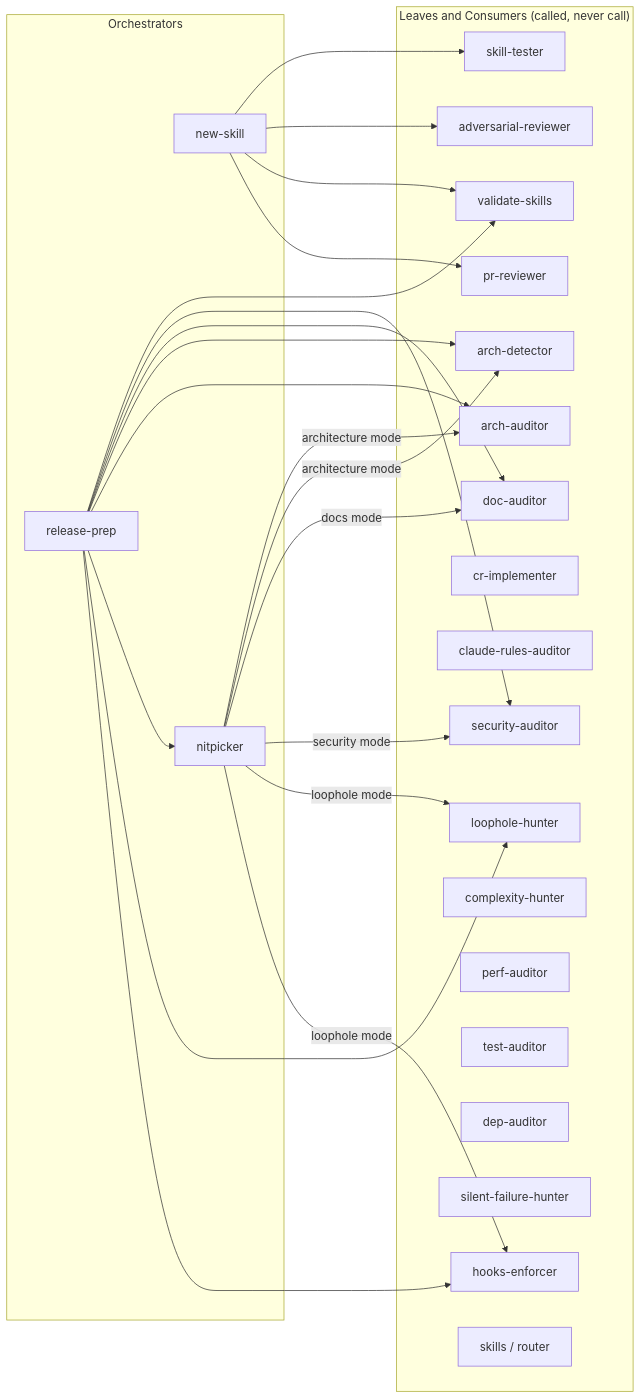
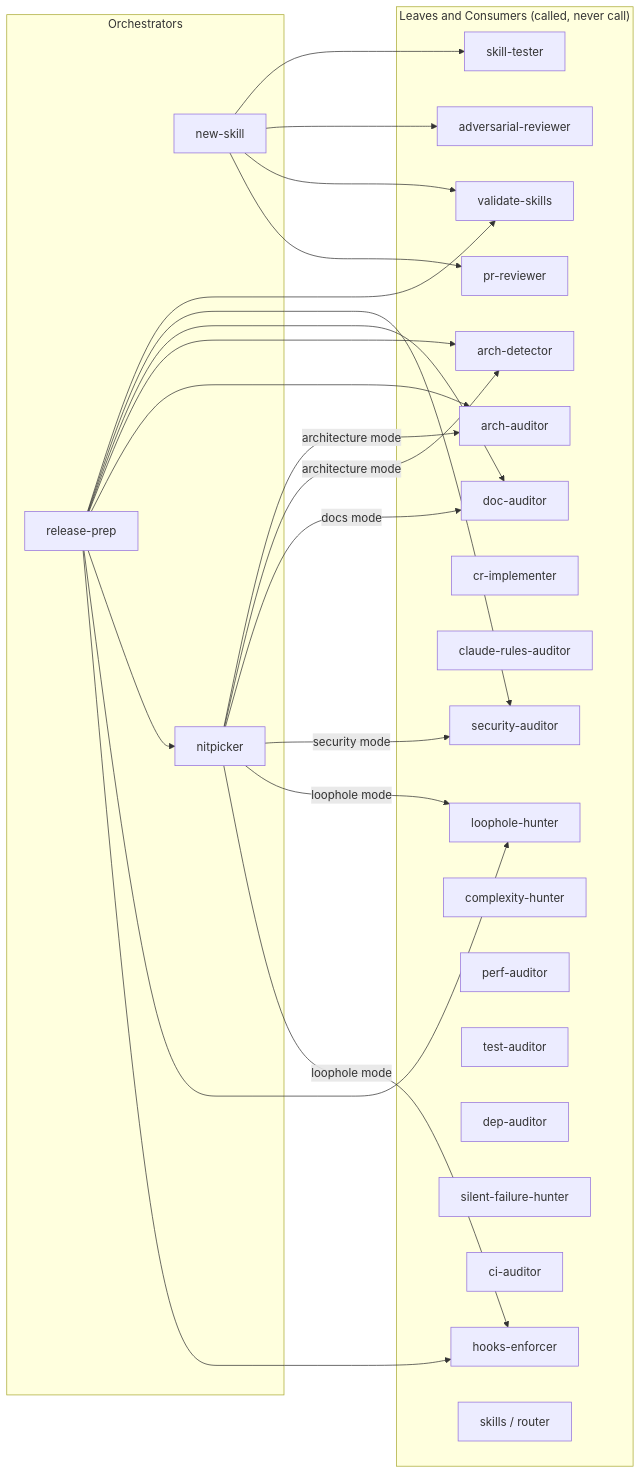
One commit to ivuorinen/skills changed the sixth of 6 diagrams in .claude/skills/README.md. Above: the diagram before and after it, drawn with Mermaid. The commit also changed other lines of this file and 6 other files, not shown here.

````diff
--- a/.claude/skills/README.md
+++ b/.claude/skills/README.md
@@ -315,50 +323,51 @@
 ```mermaid
 graph LR
     subgraph orchestrators["Orchestrators"]
         NS[new-skill]
         RP[release-prep]
         NP[nitpicker]
     end
 
     subgraph leaves["Leaves and Consumers (called, never call)"]
         AR[adversarial-reviewer]
         VS[validate-skills]
         AD[arch-detector]
         AA[arch-auditor]
         DA[doc-auditor]
         PR[pr-reviewer]
         SA[security-auditor]
         CRI[cr-implementer]
         CRA[claude-rules-auditor]
         LH[loophole-hunter]
         HE[hooks-enforcer]
         CH[complexity-hunter]
         PA[perf-auditor]
         TA[test-auditor]
         DEP[dep-auditor]
         SFH[silent-failure-hunter]
+        CIA[ci-auditor]
         ST[skill-tester]
         SK[skills / router]
     end
 
     NS --> ST
     NS --> AR
     NS --> VS
     NS --> PR
 
     RP --> VS
     RP --> SA
     RP --> DA
     RP --> AD
     RP --> AA
     RP --> NP
     RP --> LH
     RP --> HE
 
     NP -->|architecture mode| AA
     NP -->|architecture mode| AD
     NP -->|docs mode| DA
     NP -->|security mode| SA
     NP -->|loophole mode| LH
     NP -->|loophole mode| HE
 ```
````
